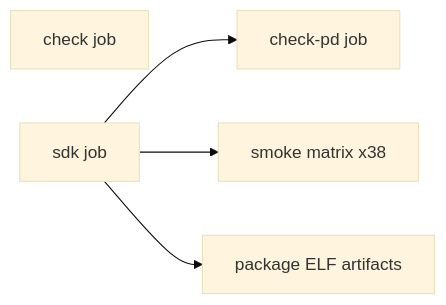
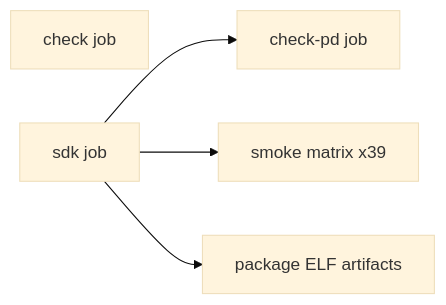
One commit to julerex/lerux changed the diagram in docs/ci.md. Above: the diagram before and after it, drawn with Mermaid (base theme). The commit also changed other lines of this file and 38 other files, not shown here.

````diff
--- a/docs/ci.md
+++ b/docs/ci.md
@@ -13,11 +13,11 @@
 ```mermaid
 flowchart LR
   check[check job]
   sdk[sdk job]
   checkPd[check-pd job]
-  smoke[smoke matrix x38]
+  smoke[smoke matrix x39]
   package[package ELF artifacts]
   sdk --> checkPd
   sdk --> smoke
   sdk --> package
 ```
````
